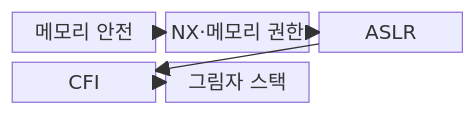
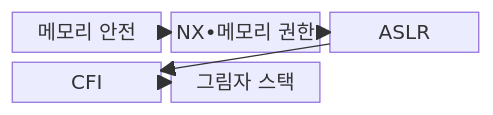
One commit to agnusdei1207/knowledge-base changed the first of 2 diagrams in src/content/docs/notes/05-security/050_shellcode_rop.md. Above: the diagram before and after it, drawn with Mermaid. The commit also changed other lines of this file and 953 other files, not shown here.

````diff
--- a/src/content/docs/notes/05-security/050_shellcode_rop.md
+++ b/src/content/docs/notes/05-security/050_shellcode_rop.md
@@ -65,13 +65,13 @@
 ```mermaid
 block-beta
   columns 3
   A["메모리 안전"]
-  B["NX·메모리 권한"]
+  B["NX•메모리 권한"]
   C["ASLR"]
   D["CFI"]
   E["그림자 스택"]
   A --> B
   B --> C
   C --> D
   D --> E
 ```
````
